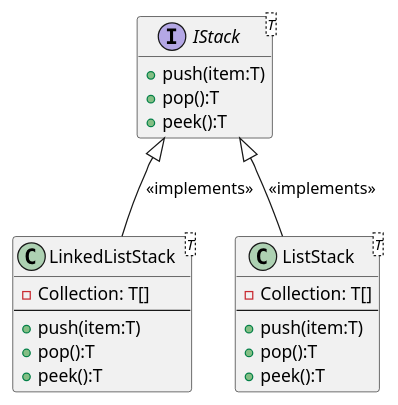
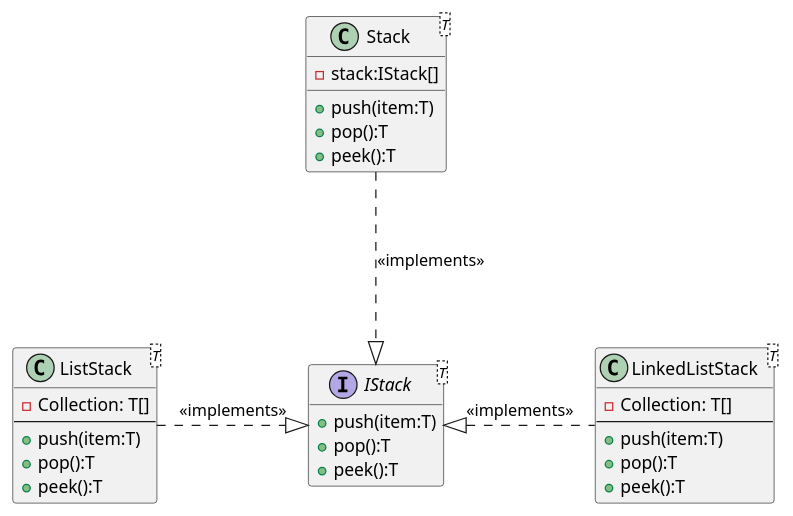
One commit to abcabb/Uygulamalarla-Nesne-Yonelimli-Programlama changed the diagram in Csharp/StackApp/Stack.wsd. Above: the diagram before and after it, drawn with PlantUML. The commit also changed 3 other files, not shown here.

```diff
--- a/Csharp/StackApp/Stack.wsd
+++ b/Csharp/StackApp/Stack.wsd
@@ -1,29 +1,37 @@
 @startuml
 
 interface IStack<T>{
     +push(item:T)
     +pop():T
     +peek():T
 }
 
 class LinkedListStack<T>{
     -Collection: T[]
     --
     +push(item:T)
     +pop():T
     +peek():T
 }
 
 class ListStack<T>{
     -Collection: T[]
     --
     +push(item:T)
     +pop():T
     +peek():T
 }
+
+class Stack<T>{
+    -stack:IStack[]
+    +push(item:T)
+    +pop():T
+    +peek():T
+}
  
-LinkedListStack -up-|> IStack : <<implements>>
-ListStack -up-|> IStack : <<implements>>
+LinkedListStack -.l-|> IStack : <<implements>>
+ListStack -.r-|> IStack : <<implements>>
+Stack -.d-|> IStack : <<implements>>
 
 hide empty members
 @enduml
```
